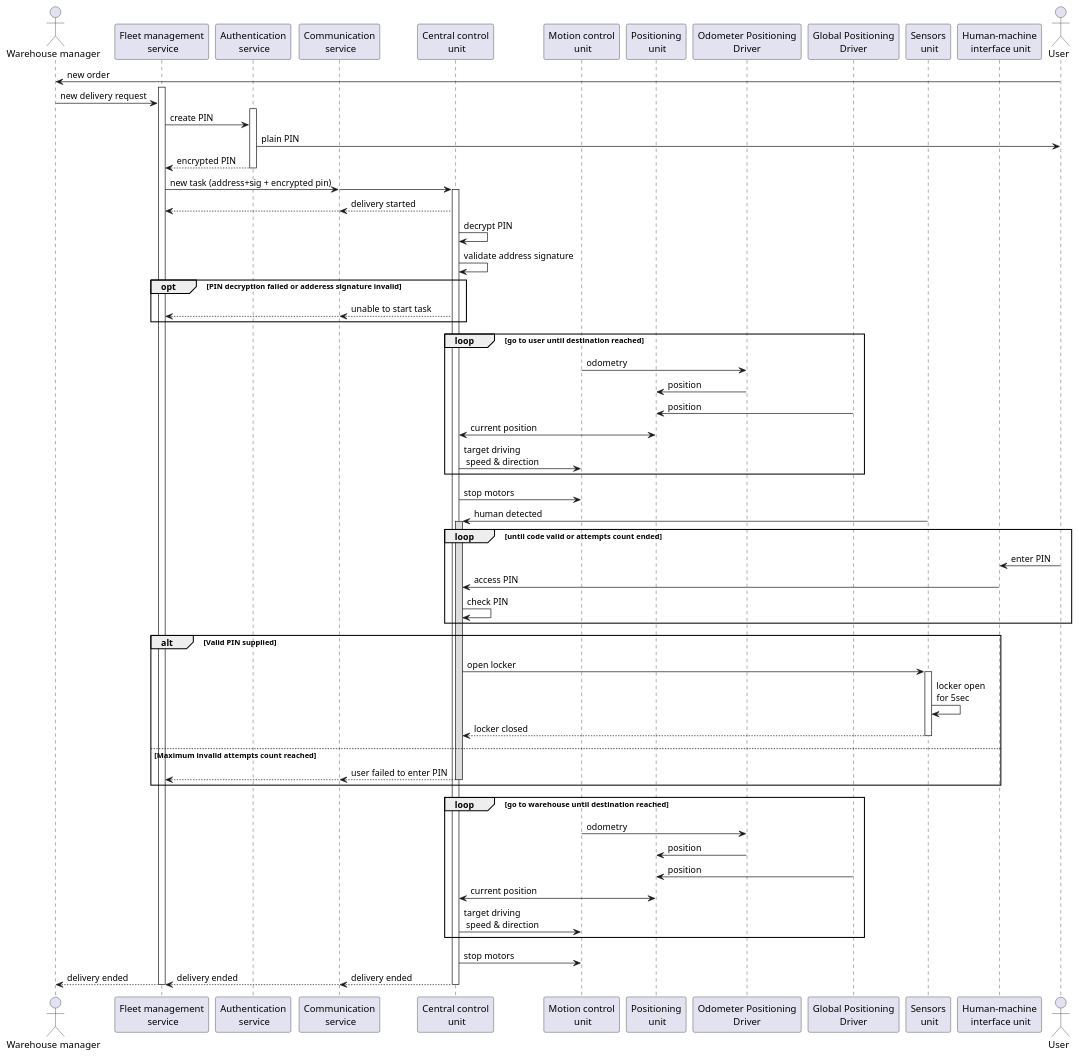
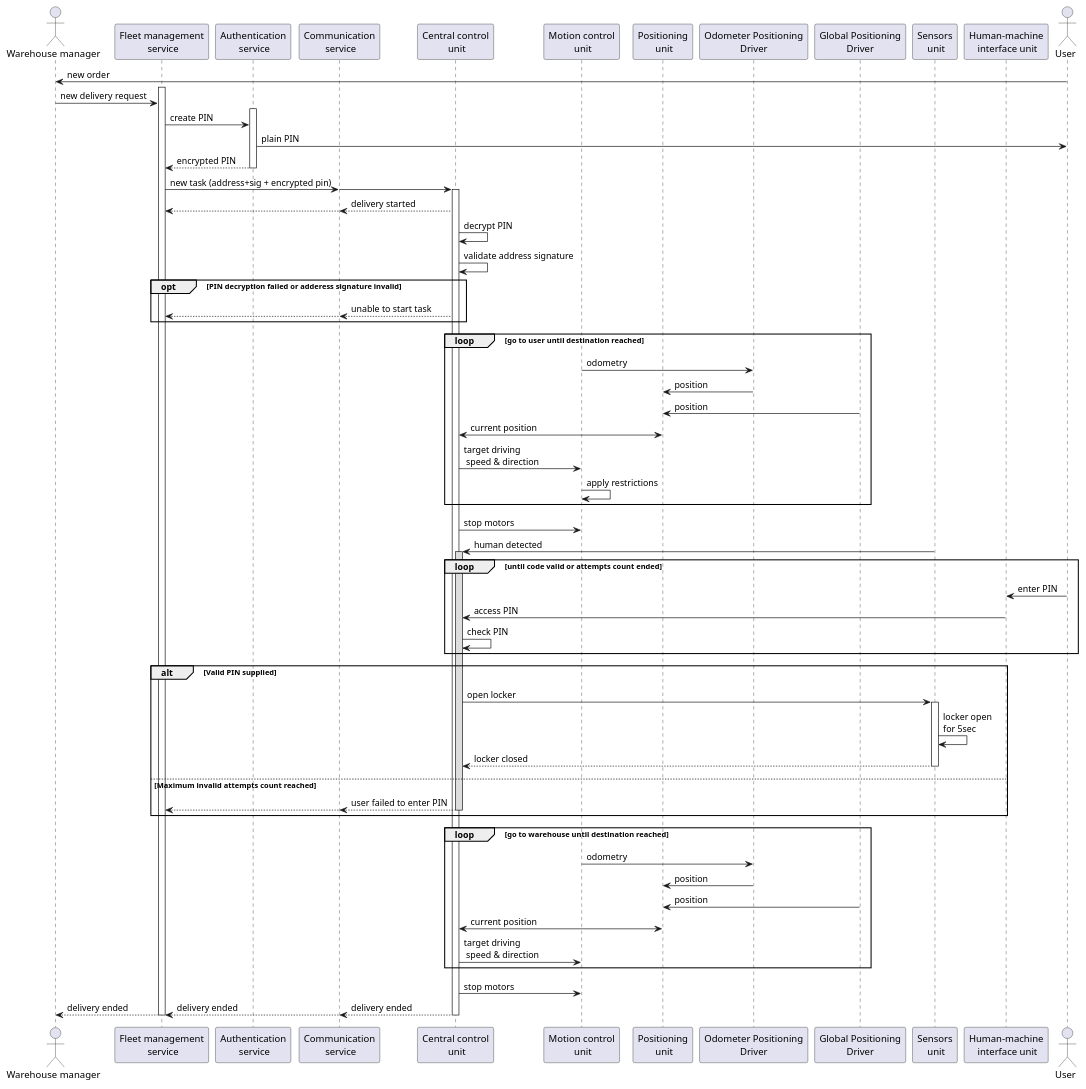
One commit to Losssaw3/cyberimmune-delivery-robot changed the diagram in docs/diagrams/sequence_new.puml. Above: the diagram before and after it, drawn with PlantUML. The commit also changed 3 other files, not shown here.

Commit message:
Sequence diagram for negative scenario

```diff
--- a/docs/diagrams/sequence_new.puml
+++ b/docs/diagrams/sequence_new.puml
@@ -1,100 +1,101 @@
 @startuml
 !pragma teoz true
 'autonumber
 
 actor "Warehouse manager" as WH
 participant "Fleet management\n service" as FMS
 participant "Authentication\n service" as AS
 participant "Communication\n service" as CS
 participant "Central control\n unit" as CCU
 participant "Motion control\n unit" as MCU
 participant "Positioning\n unit" as PU
 participant "Odometer Positioning\nDriver" as OPD
 participant "Global Positioning\nDriver" as GPD
 participant "Sensors\n unit" as SU
 participant "Human-machine\n interface unit" as HMI
 actor "User" as User
 
 User    -> WH:      new order
 activate FMS
 WH      -> FMS:     new delivery request
 activate AS
 FMS     -> AS:      create PIN
 AS      -> User:    plain PIN
 AS     --> FMS:     encrypted PIN
 deactivate AS
 FMS     -> CS:      new task (address+sig + encrypted pin)
 &CS     -> CCU
 
 activate CCU
 
 CCU    --> CS:      delivery started
 &CS    --> FMS:
 
 CCU     -> CCU:     decrypt PIN
 CCU     -> CCU:     validate address signature
 opt PIN decryption failed or adderess signature invalid
 CCU    --> CS:      unable to start task
 &CS    --> FMS
 end opt
 
 loop go to user until destination reached
 
 MCU     -> OPD:      odometry
 OPD     -> PU:       position
 GPD     -> PU:       position
 PU      <-> CCU:     current position
 CCU     -> MCU:      target driving\n speed & direction
+MCU     -> MCU:       apply restrictions
 
 end
 
 
 CCU     -> MCU:     stop motors
 
 SU      -> CCU:     human detected
 activate CCU #DDDDDD
 
 
 loop until code valid or attempts count ended
 User    -> HMI:     enter PIN
 HMI     -> CCU:     access PIN
 CCU     -> CCU:     check PIN
 end
 
 alt Valid PIN supplied
 
 CCU     -> SU:      open locker
 activate SU
 SU      -> SU:      locker open\nfor 5sec
 SU     --> CCU:     locker closed
 deactivate SU
 
 else Maximum invalid attempts count reached
 
 CCU    --> CS:      user failed to enter PIN
 &CS    --> FMS
 
 deactivate CCU
 end
 
 loop go to warehouse until destination reached
 MCU     -> OPD:      odometry
 OPD     -> PU:       position
 GPD     -> PU:       position
 PU      <-> CCU:     current position
 CCU     -> MCU:      target driving\n speed & direction
 end
 
 CCU     -> MCU:     stop motors
 
 CCU     --> CS:     delivery ended
 
 deactivate CCU
 
 &CS     --> FMS:    delivery ended
 &FMS    --> WH:     delivery ended
 
 deactivate FMS
 
 
 @enduml
```
